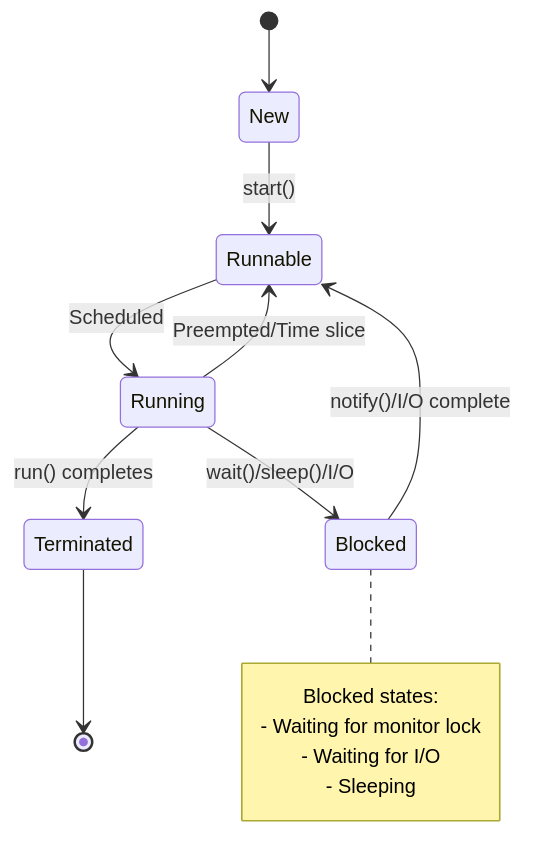
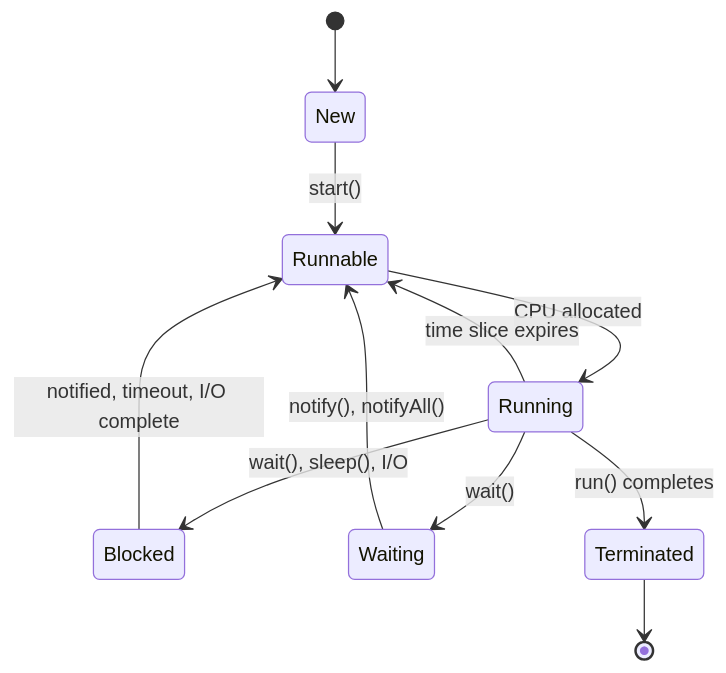
Before and after one commit to VrushankPatel/interview-matters: the diagram in multithreading-and-concurrency-in-java/README.md, drawn with Mermaid. The commit also changed other lines of this file and 5 other files, not shown here.

````diff
--- a/multithreading-and-concurrency-in-java/README.md
+++ b/multithreading-and-concurrency-in-java/README.md
@@ -21,18 +275,13 @@
 ```mermaid
 stateDiagram-v2
     [*] --> New
     New --> Runnable: start()
-    Runnable --> Running: Scheduled
-    Running --> Runnable: Preempted/Time slice
-    Running --> Blocked: wait()/sleep()/I/O
-    Blocked --> Runnable: notify()/I/O complete
+    Runnable --> Running: CPU allocated
+    Running --> Runnable: time slice expires
+    Running --> Blocked: wait(), sleep(), I/O
+    Blocked --> Runnable: notified, timeout, I/O complete
+    Running --> Waiting: wait()
+    Waiting --> Runnable: notify(), notifyAll()
     Running --> Terminated: run() completes
     Terminated --> [*]
-    
-    note right of Blocked
-        Blocked states:
-        - Waiting for monitor lock
-        - Waiting for I/O
-        - Sleeping
-    end note
 ```
````
